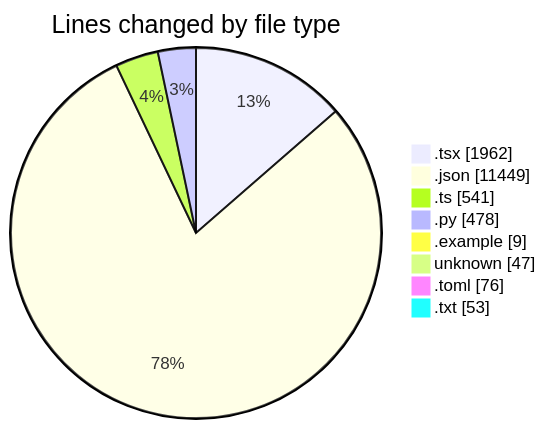
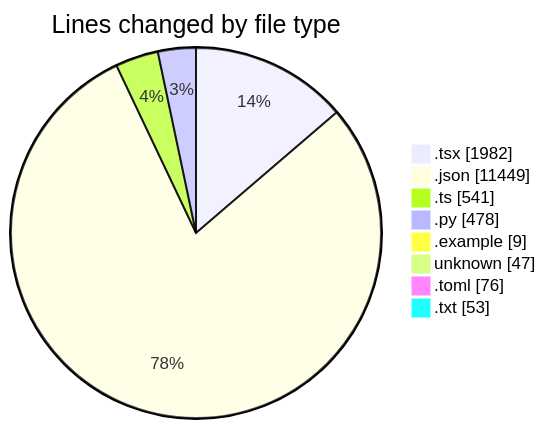
Before and after one commit to Elitesun/code-tracking: the first of 2 diagrams in 2025-04-30/niten/README.md, drawn with Mermaid. The commit also changed other lines of this file and 1 other file, not shown here.

````diff
--- a/2025-04-30/niten/README.md
+++ b/2025-04-30/niten/README.md
@@ -68,12 +68,12 @@
 ```mermaid
 pie showData
 title Lines changed by file type
-".tsx" : 1962
+".tsx" : 1982
 ".json" : 11449
 ".ts" : 541
 ".py" : 478
 ".example" : 9
 "unknown" : 47
 ".toml" : 76
 ".txt" : 53
 ```
````
